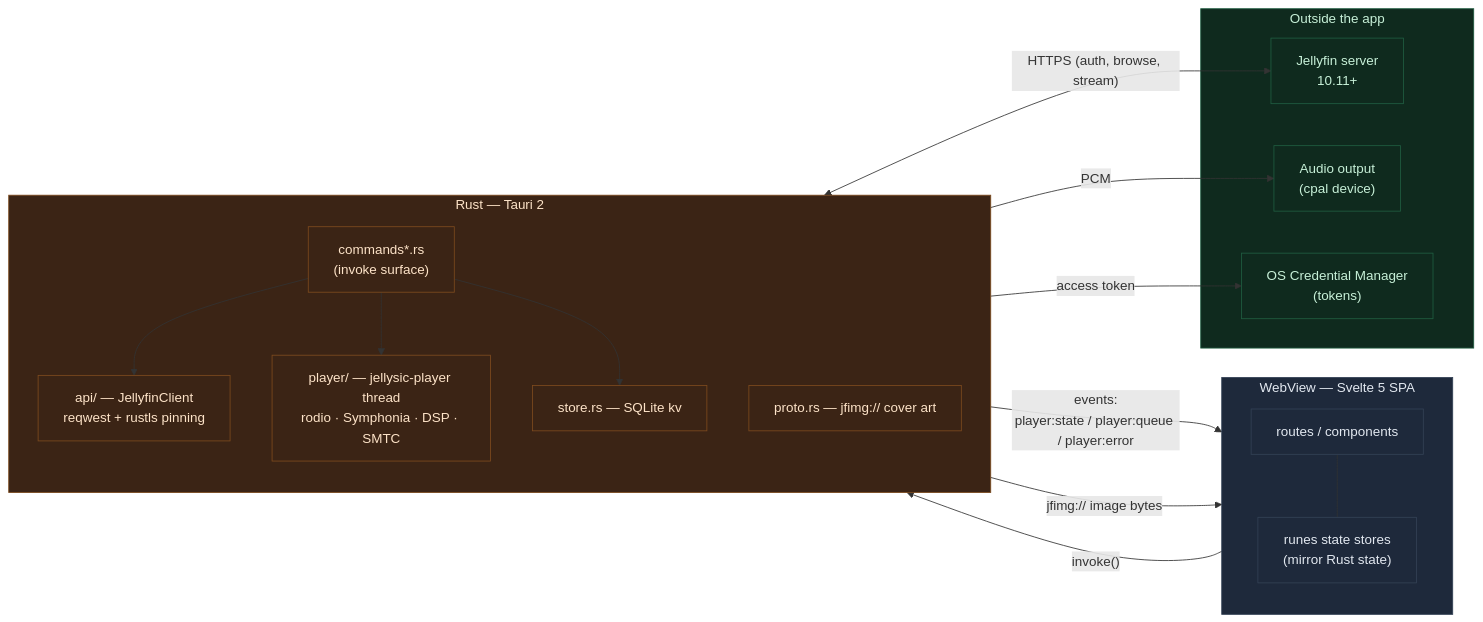
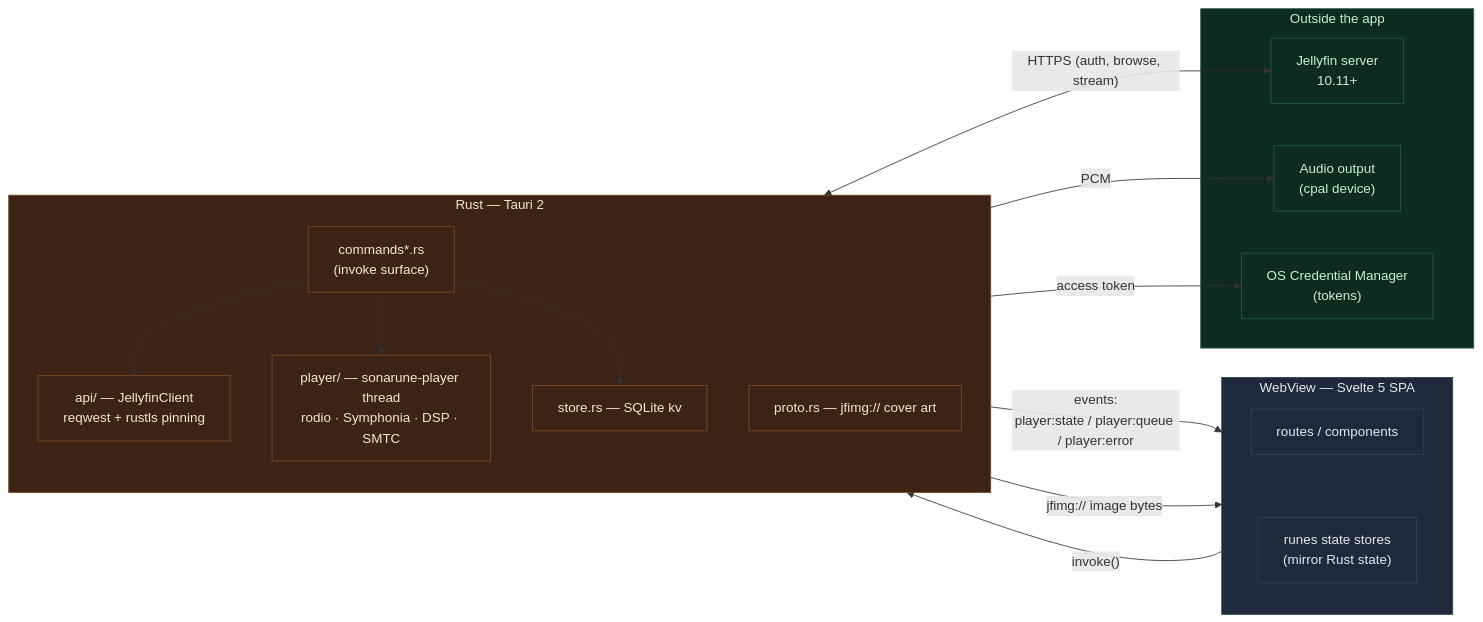
Before and after one commit to Ariazonaa/sonarune: the first of 11 diagrams in docs/architecture.md, drawn with Mermaid. The commit also changed other lines of this file and 94 other files, not shown here.

````diff
--- a/docs/architecture.md
+++ b/docs/architecture.md
@@ -21,42 +21,42 @@
 ```mermaid
 flowchart LR
     subgraph WV["WebView — Svelte 5 SPA"]
         direction TB
         R["routes / components"]
         S["runes state stores<br/>(mirror Rust state)"]
         R --- S
     end
 
     subgraph RS["Rust — Tauri 2"]
         direction TB
         CMD["commands*.rs<br/>(invoke surface)"]
         API["api/ — JellyfinClient<br/>reqwest + rustls pinning"]
-        PLAYER["player/ — jellysic-player thread<br/>rodio · Symphonia · DSP · SMTC"]
+        PLAYER["player/ — sonarune-player thread<br/>rodio · Symphonia · DSP · SMTC"]
         STORE["store.rs — SQLite kv"]
         PROTO["proto.rs — jfimg:// cover art"]
         CMD --> API
         CMD --> PLAYER
         CMD --> STORE
     end
 
     subgraph EXT["Outside the app"]
         JF["Jellyfin server<br/>10.11+"]
         OUT["Audio output<br/>(cpal device)"]
         CRED["OS Credential Manager<br/>(tokens)"]
     end
 
     S -- "invoke()" --> CMD
     PLAYER -- "events:<br/>player:state / player:queue / player:error" --> S
     PROTO -- "jfimg:// image bytes" --> WV
 
     API <-- "HTTPS (auth, browse, stream)" --> JF
     PLAYER -- "PCM" --> OUT
     CMD -- "access token" --> CRED
 
     classDef web fill:#1e293b,stroke:#334155,color:#e2e8f0;
     classDef rust fill:#3b2415,stroke:#7c4a1e,color:#fde3c8;
     classDef ext fill:#0f2a1e,stroke:#1f5c40,color:#c7f0d8;
     class WV,R,S web;
     class RS,CMD,API,PLAYER,STORE,PROTO rust;
     class EXT,JF,OUT,CRED ext;
 ```
````
